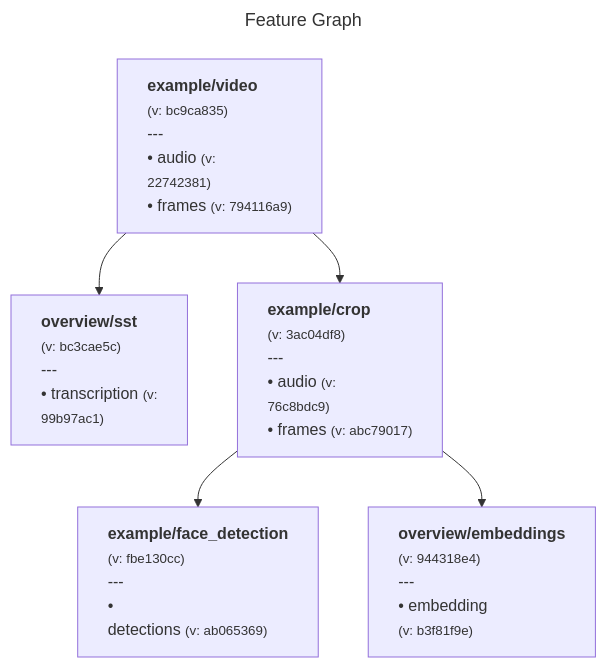
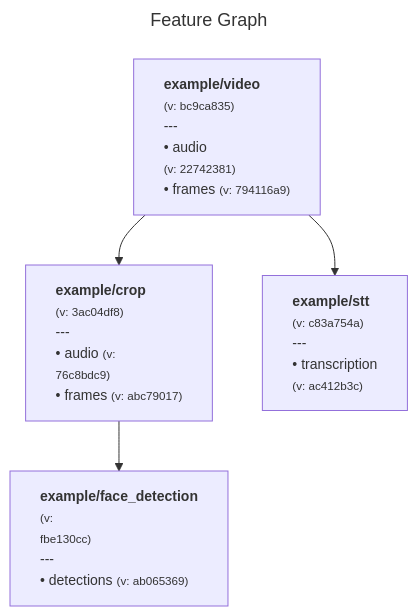
One commit to anam-org/metaxy changed the first of 2 diagrams in README.md. Above: the diagram before and after it, drawn with Mermaid. The commit also changed other lines of this file and 12 other files, not shown here.

Commit message:
render graph diff

````diff
--- a/README.md
+++ b/README.md
@@ -163,21 +141,19 @@
 ```mermaid
 ---
 title: Feature Graph
 ---
 flowchart TB
-    %% Snapshot version: f3f57b8e
-        example_video["<div style="text-align:left"><b>example/video</b><br/><small>(v: bc9ca835)</small><br/>---<br/>• audio <small>(v:
-22742381)</small><br/>• frames <small>(v: 794116a9)</small></div>"]
-        overview_sst["<div style="text-align:left"><b>overview/sst</b><br/><small>(v: bc3cae5c)</small><br/>---<br/>• transcription <small>(v:
-99b97ac1)</small></div>"]
+    %% Snapshot version: 215d5a6d
+    %%{init: {'flowchart': {'htmlLabels': true, 'curve': 'basis'}, 'themeVariables': {'fontSize': '14px'}}}%%
+        example_video["<div style="text-align:left"><b>example/video</b><br/><small>(v: bc9ca835)</small><br/>---<br/>• audio
+<small>(v: 22742381)</small><br/>• frames <small>(v: 794116a9)</small></div>"]
         example_crop["<div style="text-align:left"><b>example/crop</b><br/><small>(v: 3ac04df8)</small><br/>---<br/>• audio <small>(v:
 76c8bdc9)</small><br/>• frames <small>(v: abc79017)</small></div>"]
-        overview_embeddings["<div style="text-align:left"><b>overview/embeddings</b><br/><small>(v: 944318e4)</small><br/>---<br/>• embedding
-<small>(v: b3f81f9e)</small></div>"]
-        example_face_detection["<div style="text-align:left"><b>example/face_detection</b><br/><small>(v: fbe130cc)</small><br/>---<br/>•
-detections <small>(v: ab065369)</small></div>"]
+        example_face_detection["<div style="text-align:left"><b>example/face_detection</b><br/><small>(v:
+fbe130cc)</small><br/>---<br/>• detections <small>(v: ab065369)</small></div>"]
+        example_stt["<div style="text-align:left"><b>example/stt</b><br/><small>(v: c83a754a)</small><br/>---<br/>• transcription
+<small>(v: ac412b3c)</small></div>"]
         example_video --> example_crop
         example_crop --> example_face_detection
-        example_video --> overview_sst
-        example_crop --> overview_embeddings
+        example_video --> example_stt
 ```
````
